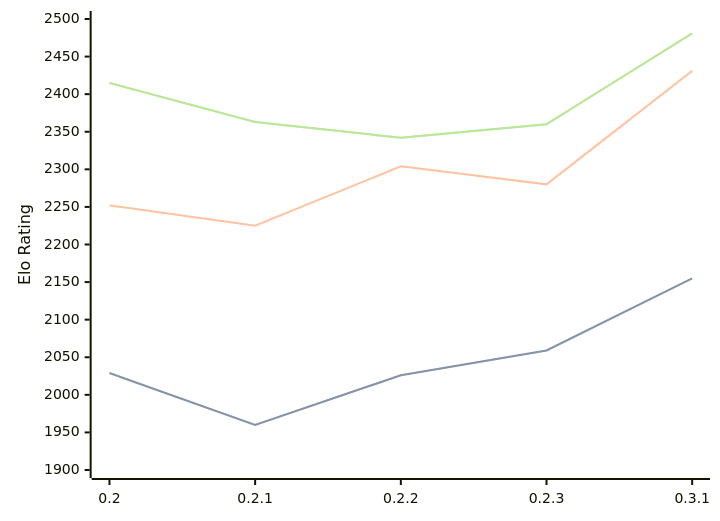
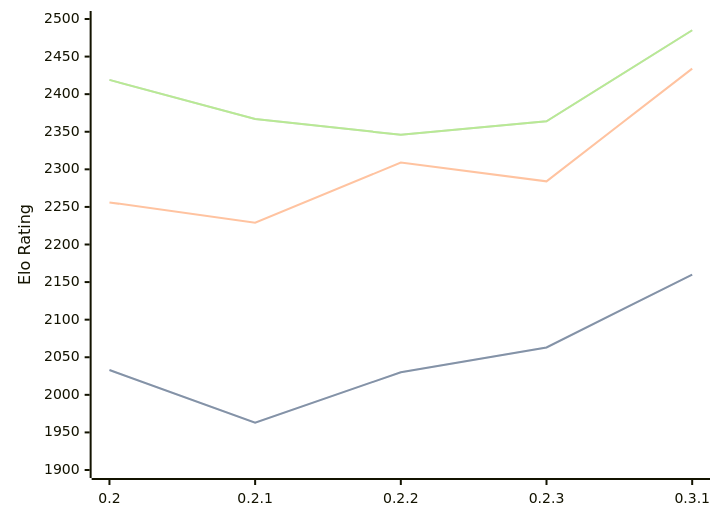
One commit to computer-chess-index/cci changed the diagram in engines/Lolbot.md. Above: the diagram before and after it, drawn with Mermaid. The commit also changed other lines of this file, not shown here.

Commit message:
Update CCI Ratings (ELO VLTC) - 2026-05-02

````diff
--- a/engines/Lolbot.md
+++ b/engines/Lolbot.md
@@ -36,11 +36,11 @@
 ```mermaid
 %%{init: {"theme":"base","themeVariables":{"seriesColors:['#a3a3a3','#222221','#faa371']}}}%%
 xychart-beta
   x-axis ["0.2", "0.2.1", "0.2.2", "0.2.3", "0.3.1"]
   y-axis "Elo Rating" 1900 --> 2500
-  line "STC (8.0+0.08s)" [2029, 1960, 2026, 2059, 2155]
-  line "STC (8.0+0.08s)" [2029, 1960, 2026, 2059, 2155]
-  line "LTC (60.0+0.60s)" [2252, 2225, 2304, 2280, 2431]
-  line "VLTC (2m24s+1.12s)" [2415, 2363, 2342, 2360, 2481]
-  line "VLTC (2m24s+1.12s)" [2415, 2363, 2342, 2360, 2481]
+  line "STC (8.0+0.08s)" [2033, 1963, 2030, 2063, 2160]
+  line "STC (8.0+0.08s)" [2033, 1963, 2030, 2063, 2160]
+  line "LTC (60.0+0.60s)" [2256, 2229, 2309, 2284, 2434]
+  line "VLTC (2m24s+1.12s)" [2419, 2367, 2346, 2364, 2485]
+  line "VLTC (2m24s+1.12s)" [2419, 2367, 2346, 2364, 2485]
 ```
````
